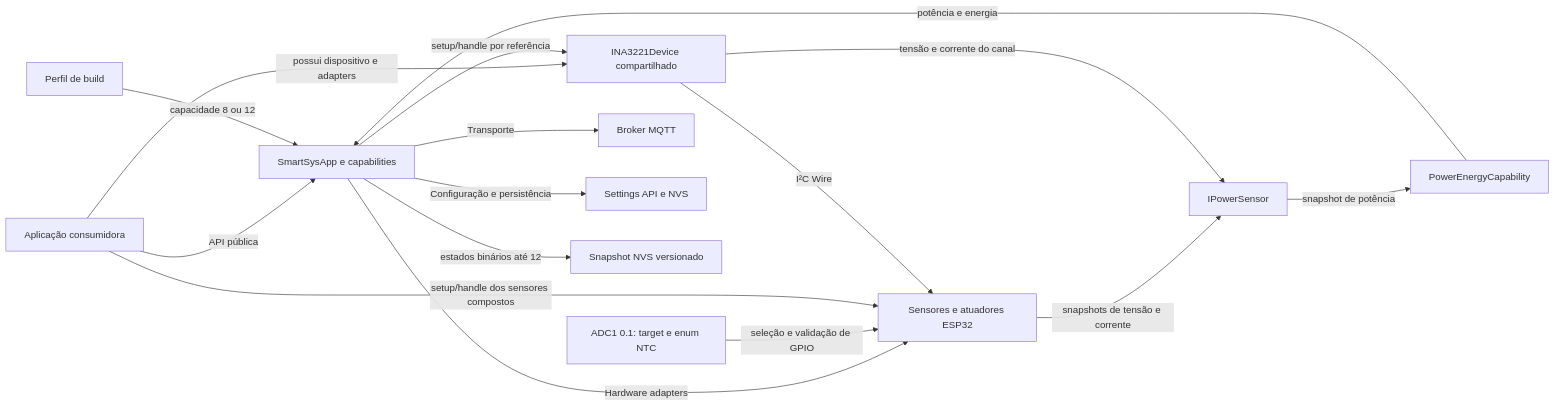
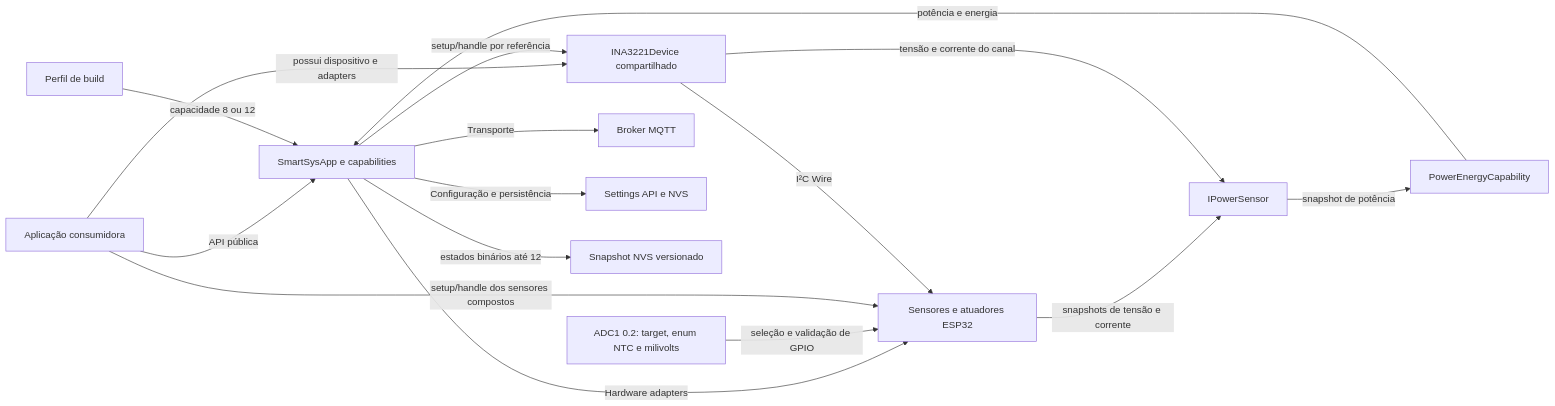
The diagram in docs/rfc/KNOWLEDGE-MAP.md (iotsmartsys/IoTSmartSysCore), drawn with Mermaid before and after one commit. The commit also changed other lines of this file and 3 other files, not shown here.

````diff
--- a/docs/rfc/KNOWLEDGE-MAP.md
+++ b/docs/rfc/KNOWLEDGE-MAP.md
@@ -147,18 +152,18 @@
 ```mermaid
 flowchart LR
     APP["Aplicação consumidora"] -->|"API pública"| CORE["SmartSysApp e capabilities"]
     PROFILE["Perfil de build"] -->|"capacidade 8 ou 12"| CORE
     CORE -->|"Hardware adapters"| HW["Sensores e atuadores ESP32"]
-    ADC1["ADC1 0.1: target e enum NTC"] -->|"seleção e validação de GPIO"| HW
+    ADC1["ADC1 0.2: target, enum NTC e milivolts"] -->|"seleção e validação de GPIO"| HW
     APP -->|"setup/handle dos sensores compostos"| HW
     APP -->|"possui dispositivo e adapters"| INA["INA3221Device compartilhado"]
     CORE -->|"setup/handle por referência"| INA
     INA -->|"I²C Wire"| HW
     HW -->|"snapshots de tensão e corrente"| PSENSOR["IPowerSensor"]
     INA -->|"tensão e corrente do canal"| PSENSOR
     PSENSOR -->|"snapshot de potência"| POWER["PowerEnergyCapability"]
     POWER -->|"potência e energia"| CORE
     CORE -->|"Transporte"| MQTT["Broker MQTT"]
     CORE -->|"Configuração e persistência"| SETTINGS["Settings API e NVS"]
     CORE -->|"estados binários até 12"| BCS["Snapshot NVS versionado"]
 ```
````
